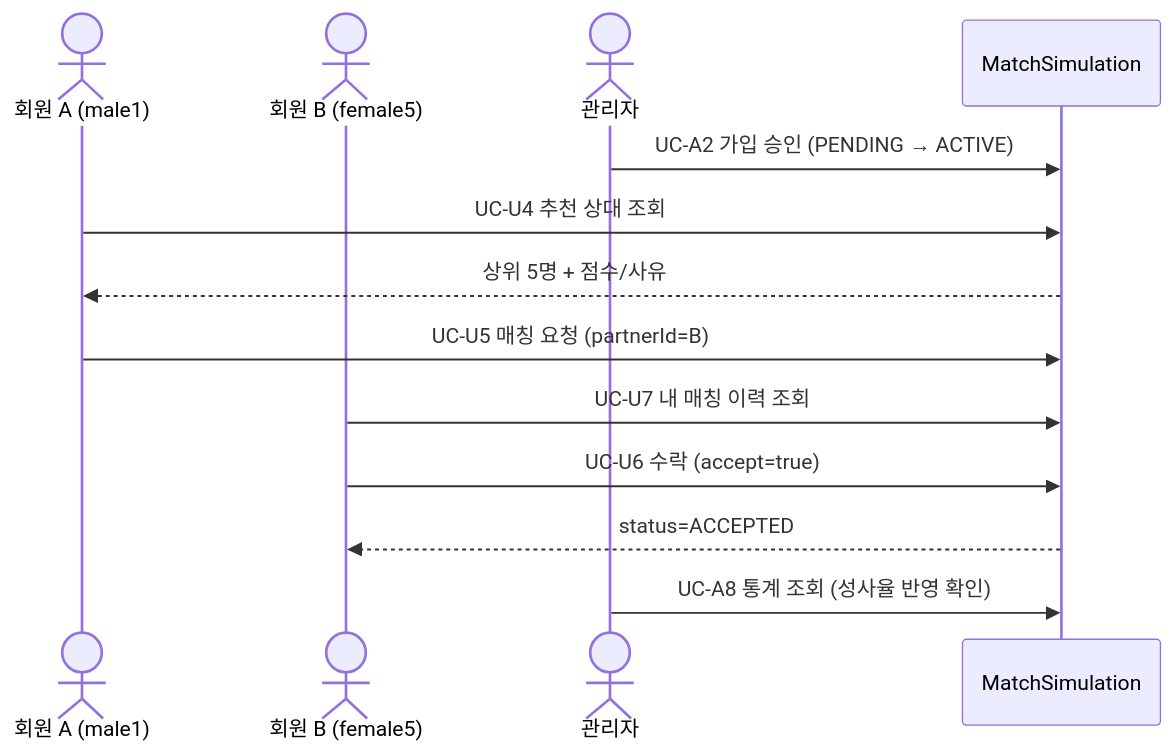
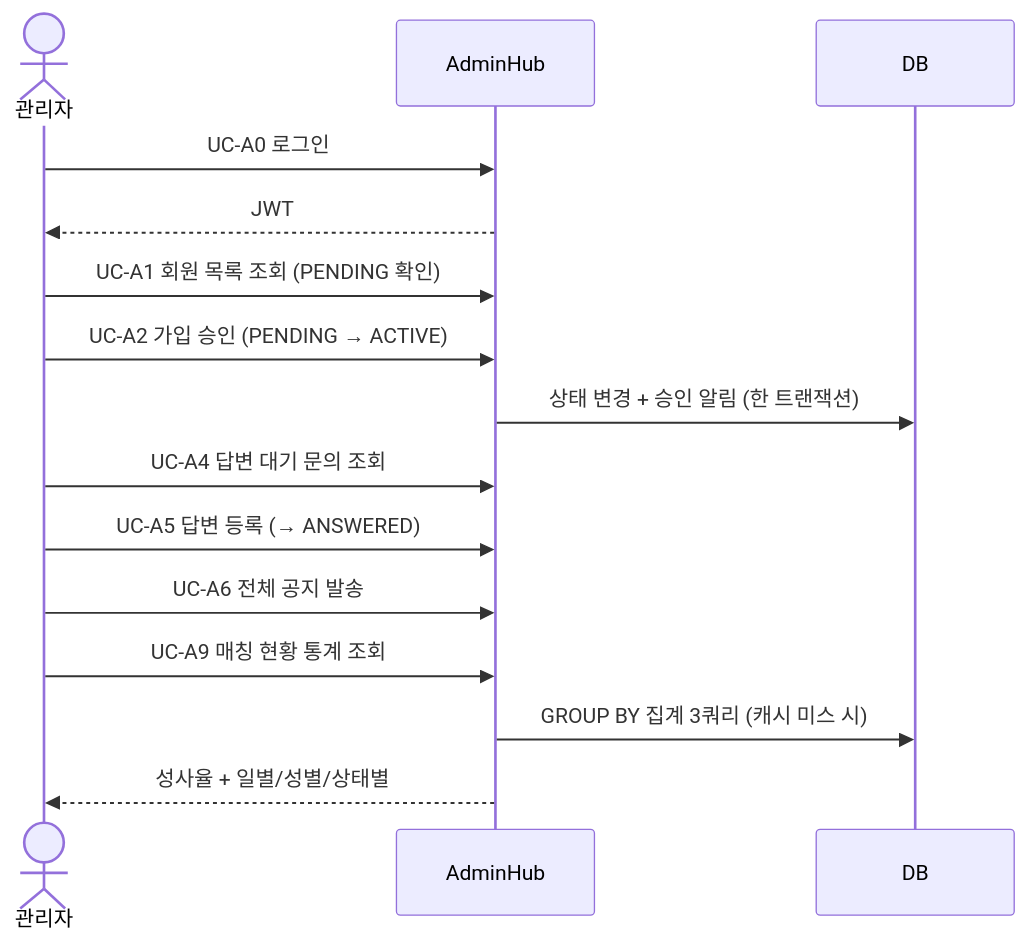
The second of 2 diagrams in docs/usecase.md (hello-pebble/MatchSimulation), drawn with Mermaid before and after one commit. The commit also changed other lines of this file and 134 other files, not shown here.

First line of the commit message:
관리자 전용 서비스(AdminHub)로 전환 + 매칭 통계 DB 집계

````diff
--- a/docs/usecase.md
+++ b/docs/usecase.md
@@ -92,16 +63,18 @@
 ```mermaid
 sequenceDiagram
-    actor M as 회원 A (male1)
-    actor F as 회원 B (female5)
     actor AD as 관리자
-    participant S as MatchSimulation
+    participant S as AdminHub
+    participant DB as DB
 
+    AD->>S: UC-A0 로그인
+    S-->>AD: JWT
+    AD->>S: UC-A1 회원 목록 조회 (PENDING 확인)
     AD->>S: UC-A2 가입 승인 (PENDING → ACTIVE)
-    M->>S: UC-U4 추천 상대 조회
-    S-->>M: 상위 5명 + 점수/사유
-    M->>S: UC-U5 매칭 요청 (partnerId=B)
-    F->>S: UC-U7 내 매칭 이력 조회
-    F->>S: UC-U6 수락 (accept=true)
-    S-->>F: status=ACCEPTED
-    AD->>S: UC-A8 통계 조회 (성사율 반영 확인)
+    S->>DB: 상태 변경 + 승인 알림 (한 트랜잭션)
+    AD->>S: UC-A4 답변 대기 문의 조회
+    AD->>S: UC-A5 답변 등록 (→ ANSWERED)
+    AD->>S: UC-A6 전체 공지 발송
+    AD->>S: UC-A9 매칭 현황 통계 조회
+    S->>DB: GROUP BY 집계 3쿼리 (캐시 미스 시)
+    S-->>AD: 성사율 + 일별/성별/상태별
 ```
````
